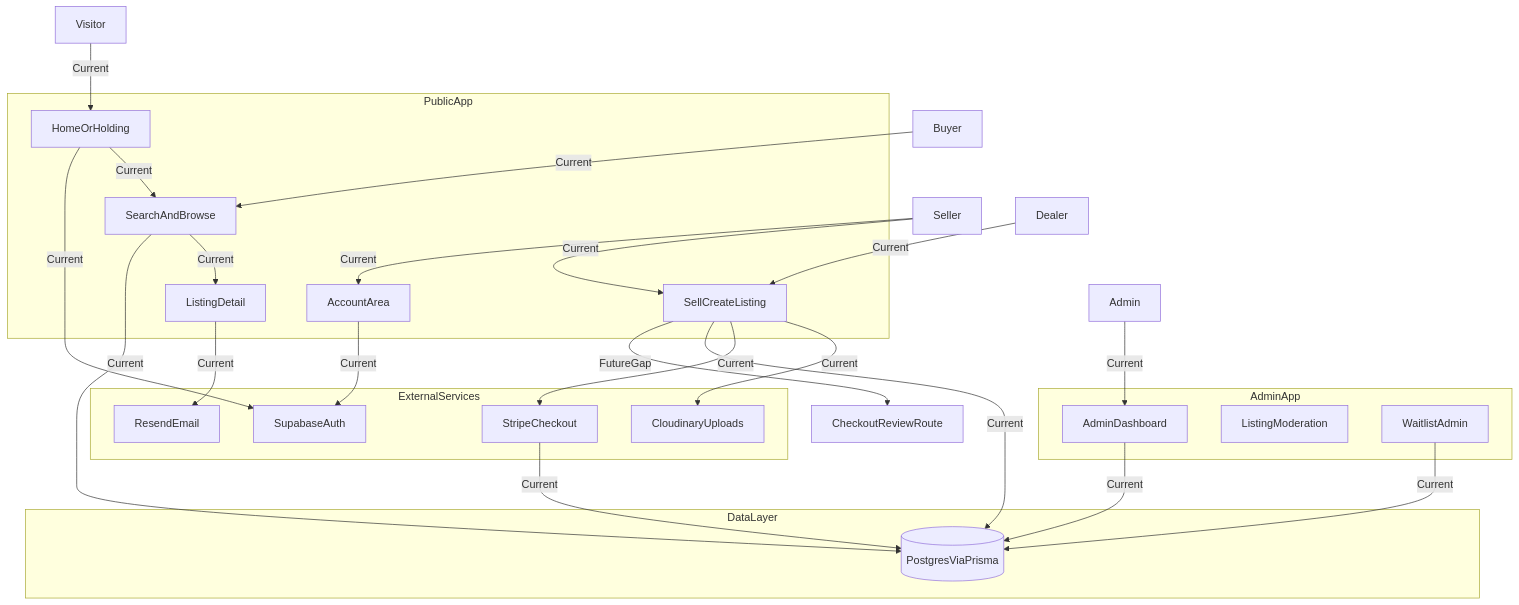
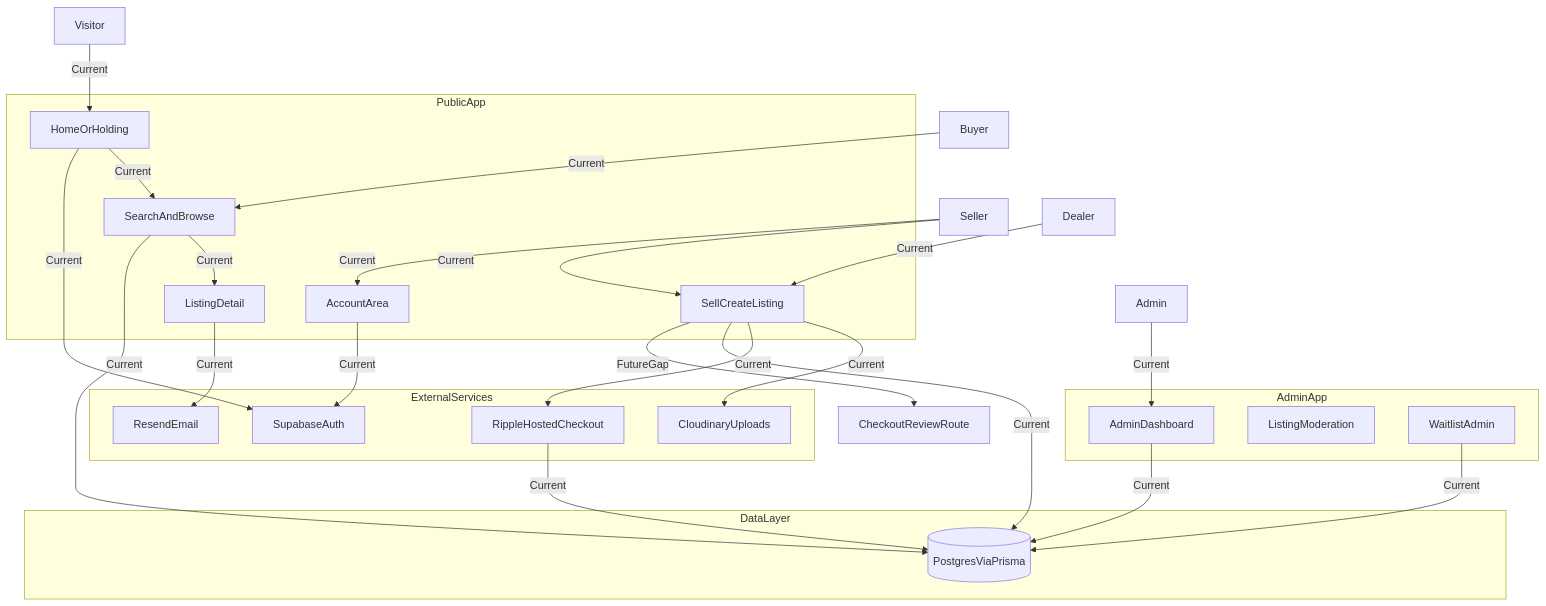
The diagram in docs/client-flow-master.mmd (mattduff36/iommarket), drawn with Mermaid before and after one commit. The commit also changed 48 other files, not shown here.

First line of the commit message:
feat: add provider-neutral payments flow

```diff
--- a/docs/client-flow-master.mmd
+++ b/docs/client-flow-master.mmd
@@ -1,53 +1,53 @@
 flowchart TD
   Visitor[Visitor]
   Buyer[Buyer]
   Seller[Seller]
   Dealer[Dealer]
   Admin[Admin]
 
   subgraph publicApp [PublicApp]
     Home[HomeOrHolding]
     Search[SearchAndBrowse]
     ListingDetail[ListingDetail]
     SellFlow[SellCreateListing]
     Account[AccountArea]
   end
 
   subgraph adminApp [AdminApp]
     AdminConsole[AdminDashboard]
     Moderation[ListingModeration]
     WaitlistAdmin[WaitlistAdmin]
   end
 
   subgraph externalServices [ExternalServices]
     Supabase[SupabaseAuth]
-    Stripe[StripeCheckout]
+    Ripple[RippleHostedCheckout]
     Resend[ResendEmail]
     Cloudinary[CloudinaryUploads]
   end
 
   subgraph dataLayer [DataLayer]
     Postgres[(PostgresViaPrisma)]
   end
 
   Visitor -->|"Current"| Home
   Home -->|"Current"| Search
   Buyer -->|"Current"| Search
   Search -->|"Current"| ListingDetail
   Seller -->|"Current"| SellFlow
   Seller -->|"Current"| Account
   Dealer -->|"Current"| SellFlow
   Admin -->|"Current"| AdminConsole
 
   Home -->|"Current"| Supabase
   Account -->|"Current"| Supabase
   SellFlow -->|"Current"| Cloudinary
-  SellFlow -->|"Current"| Stripe
+  SellFlow -->|"Current"| Ripple
   SellFlow -->|"Current"| Postgres
   Search -->|"Current"| Postgres
   ListingDetail -->|"Current"| Resend
   AdminConsole -->|"Current"| Postgres
   WaitlistAdmin -->|"Current"| Postgres
-  Stripe -->|"Current"| Postgres
+  Ripple -->|"Current"| Postgres
 
   SellFlow -->|"FutureGap"| CheckoutReviewRoute
```
